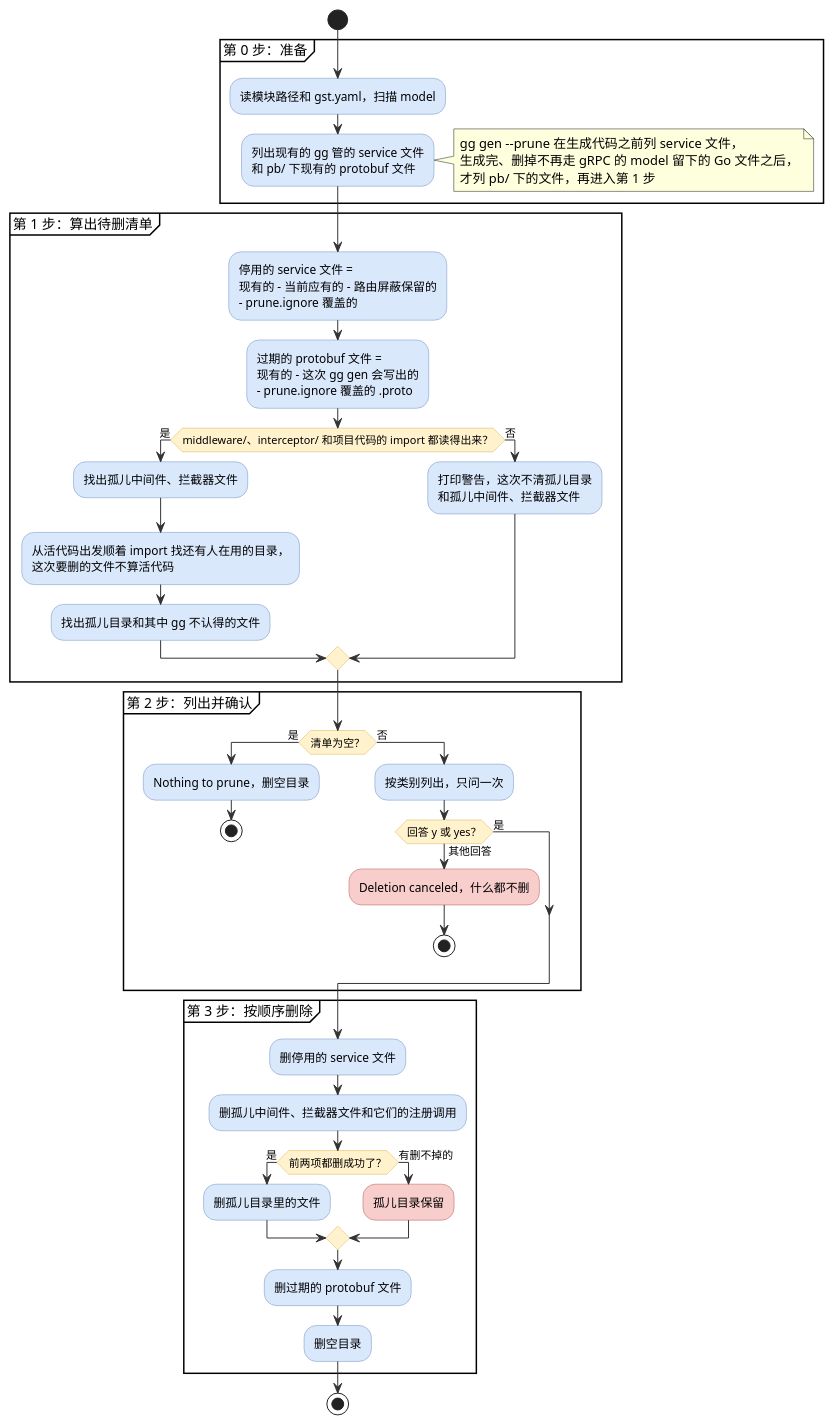
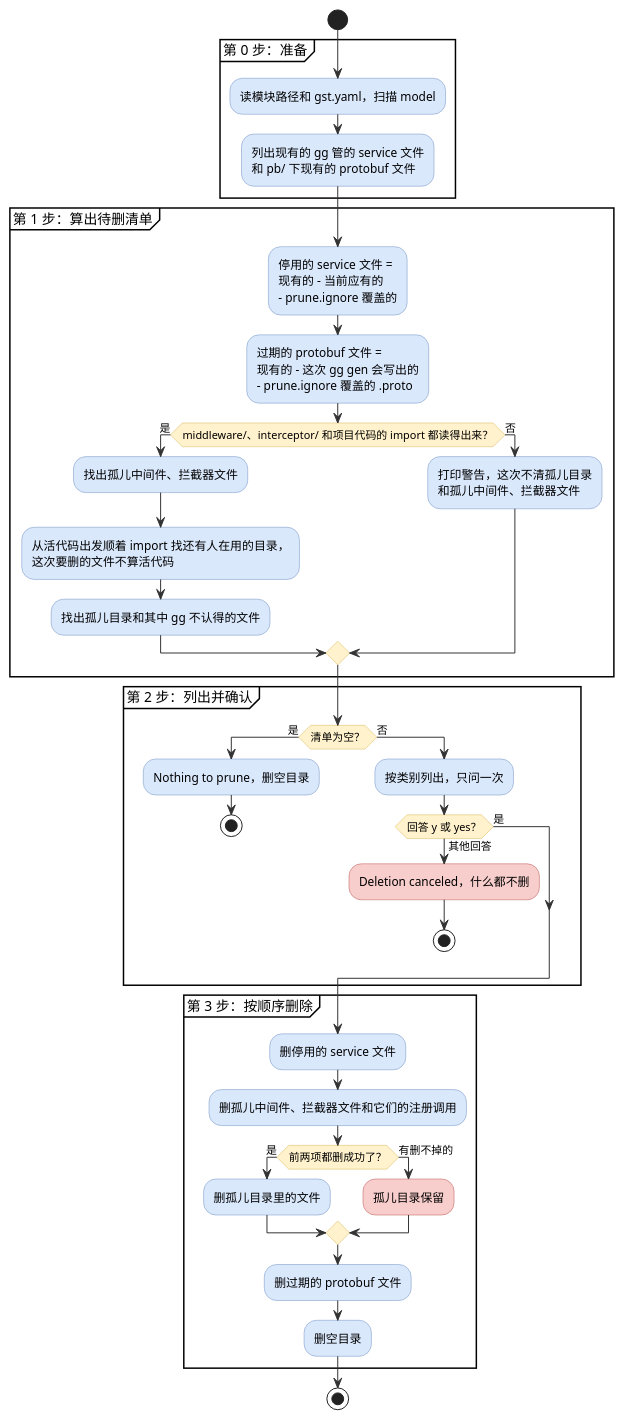
One commit to hydroan/gst changed the first of 2 diagrams in cmd/gg/PRUNE.md. Above: the diagram before and after it, drawn with PlantUML. The commit also changed other lines of this file and 27 other files, not shown here.

````diff
--- a/cmd/gg/PRUNE.md
+++ b/cmd/gg/PRUNE.md
@@ -19,67 +19,62 @@
 ```plantuml
 @startuml
 skinparam activity {
   BackgroundColor #dae8fc
   BorderColor #6c8ebf
   ArrowColor #333333
   DiamondBackgroundColor #fff2cc
   DiamondBorderColor #d6b656
   BackgroundColor<<cancel>> #f8cecc
   BorderColor<<cancel>> #b85450
 }
 
 start
 partition "第 0 步：准备" {
   :读模块路径和 gst.yaml，扫描 model;
   :列出现有的 gg 管的 service 文件
   和 pb/ 下现有的 protobuf 文件;
-  note right
-    gg gen --prune 在生成代码之前列 service 文件，
-    生成完、删掉不再走 gRPC 的 model 留下的 Go 文件之后，
-    才列 pb/ 下的文件，再进入第 1 步
-  end note
 }
 partition "第 1 步：算出待删清单" {
   :停用的 service 文件 =
-  现有的 - 当前应有的 - 路由屏蔽保留的
+  现有的 - 当前应有的
   - prune.ignore 覆盖的;
   :过期的 protobuf 文件 =
   现有的 - 这次 gg gen 会写出的
   - prune.ignore 覆盖的 .proto;
   if (middleware/、interceptor/ 和项目代码的 import 都读得出来？) then (是)
     :找出孤儿中间件、拦截器文件;
     :从活代码出发顺着 import 找还有人在用的目录，
     这次要删的文件不算活代码;
     :找出孤儿目录和其中 gg 不认得的文件;
   else (否)
     :打印警告，这次不清孤儿目录
     和孤儿中间件、拦截器文件;
   endif
 }
 partition "第 2 步：列出并确认" {
   if (清单为空？) then (是)
     :Nothing to prune，删空目录;
     stop
   else (否)
     :按类别列出，只问一次;
     if (回答 y 或 yes？) then (是)
     else (其他回答)
       :Deletion canceled，什么都不删; <<cancel>>
       stop
     endif
   endif
 }
 partition "第 3 步：按顺序删除" {
   :删停用的 service 文件;
   :删孤儿中间件、拦截器文件和它们的注册调用;
   if (前两项都删成功了？) then (是)
     :删孤儿目录里的文件;
   else (有删不掉的)
     :孤儿目录保留; <<cancel>>
   endif
   :删过期的 protobuf 文件;
   :删空目录;
 }
 stop
 @enduml
 ```
````
